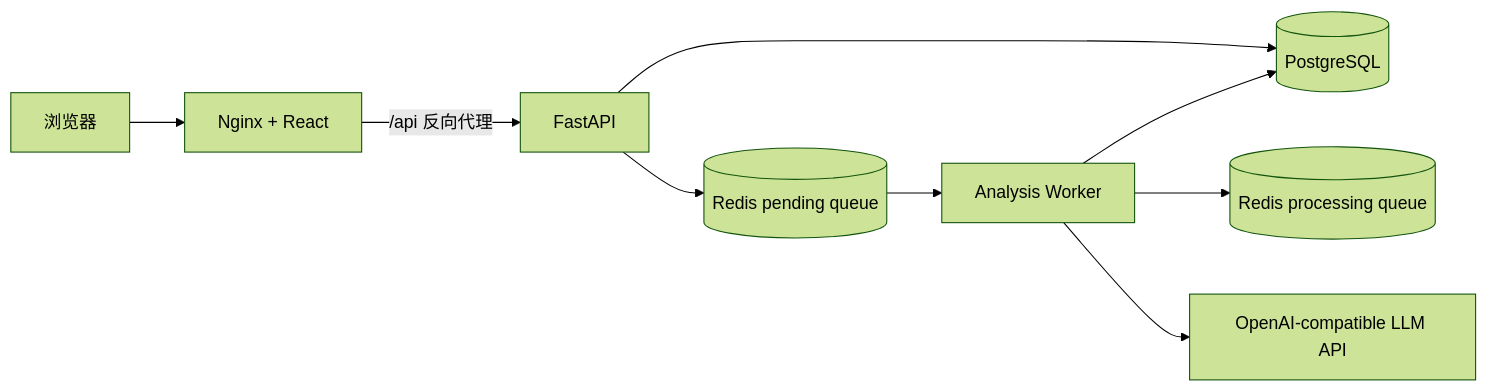
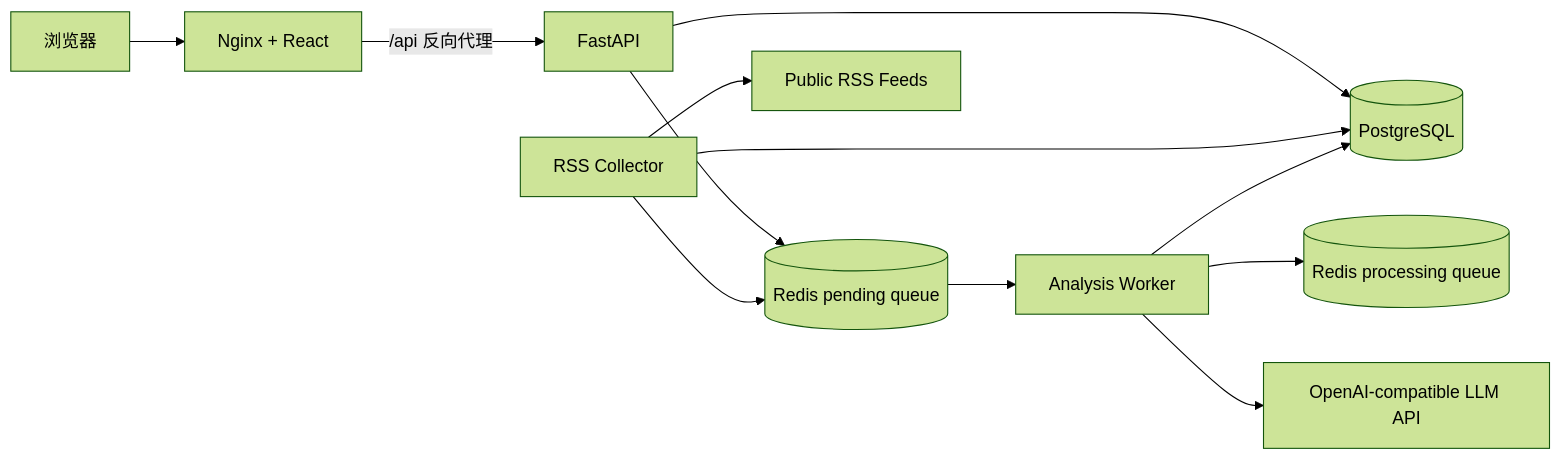
One commit to querh96-forward/brandpulse changed the diagram in README.md. Above: the diagram before and after it, drawn with Mermaid (forest theme). The commit also changed other lines of this file and 28 other files, not shown here.

````diff
--- a/README.md
+++ b/README.md
@@ -24,11 +26,14 @@
 ```mermaid
 flowchart LR
     Browser[浏览器] --> Nginx[Nginx + React]
     Nginx -->|/api 反向代理| API[FastAPI]
     API --> PostgreSQL[(PostgreSQL)]
     API --> Redis[(Redis pending queue)]
+    Collector[RSS Collector] --> RSS[Public RSS Feeds]
+    Collector --> PostgreSQL
+    Collector --> Redis
     Redis --> Worker[Analysis Worker]
     Worker --> Processing[(Redis processing queue)]
     Worker --> LLM[OpenAI-compatible LLM API]
     Worker --> PostgreSQL
 ```
````
